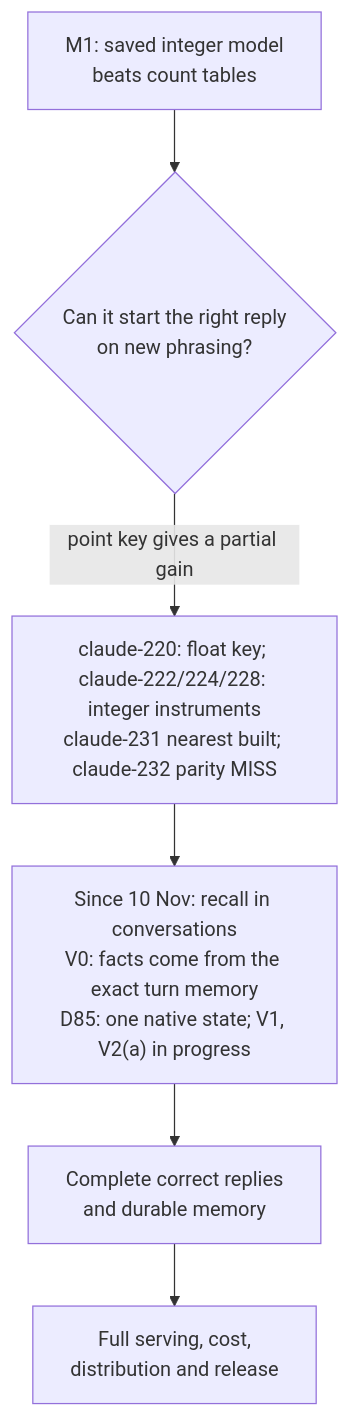
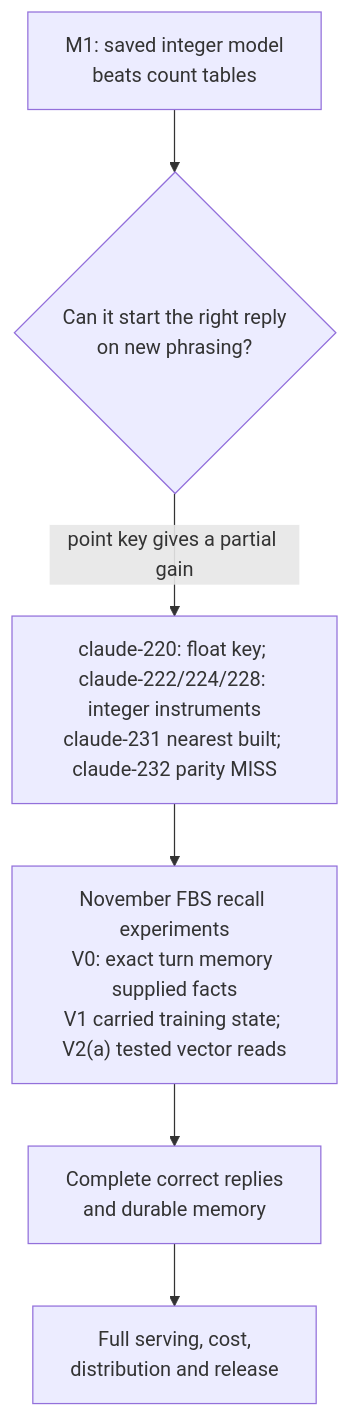
Before and after one commit to Casey-allard/uor-r4: the diagram in docs/research/open-questions.md, drawn with Mermaid. The commit also changed other lines of this file and 78 other files, not shown here.

First line of the commit message:
[codex] Refresh the open research guide, book and roadmap tracker (#4060)

````diff
--- a/docs/research/open-questions.md
+++ b/docs/research/open-questions.md
@@ -9,8 +9,8 @@
 ```mermaid
 flowchart TD
   A["M1: saved integer model<br/>beats count tables"] --> B{"Can it start the right reply<br/>on new phrasing?"}
   B -- "point key gives a partial gain" --> M["claude-220: float key; claude-222/224/228: integer instruments<br/>claude-231 nearest built; claude-232 parity MISS"]
-  M --> V["Since 10 Nov: recall in conversations<br/>V0: facts come from the exact turn memory<br/>D85: one native state; V1, V2(a) in progress"]
+  M --> V["November FBS recall experiments<br/>V0: exact turn memory supplied facts<br/>V1 carried training state; V2(a) tested vector reads"]
   V --> R["Complete correct replies<br/>and durable memory"]
   R --> S["Full serving, cost,<br/>distribution and release"]
 ```
````
